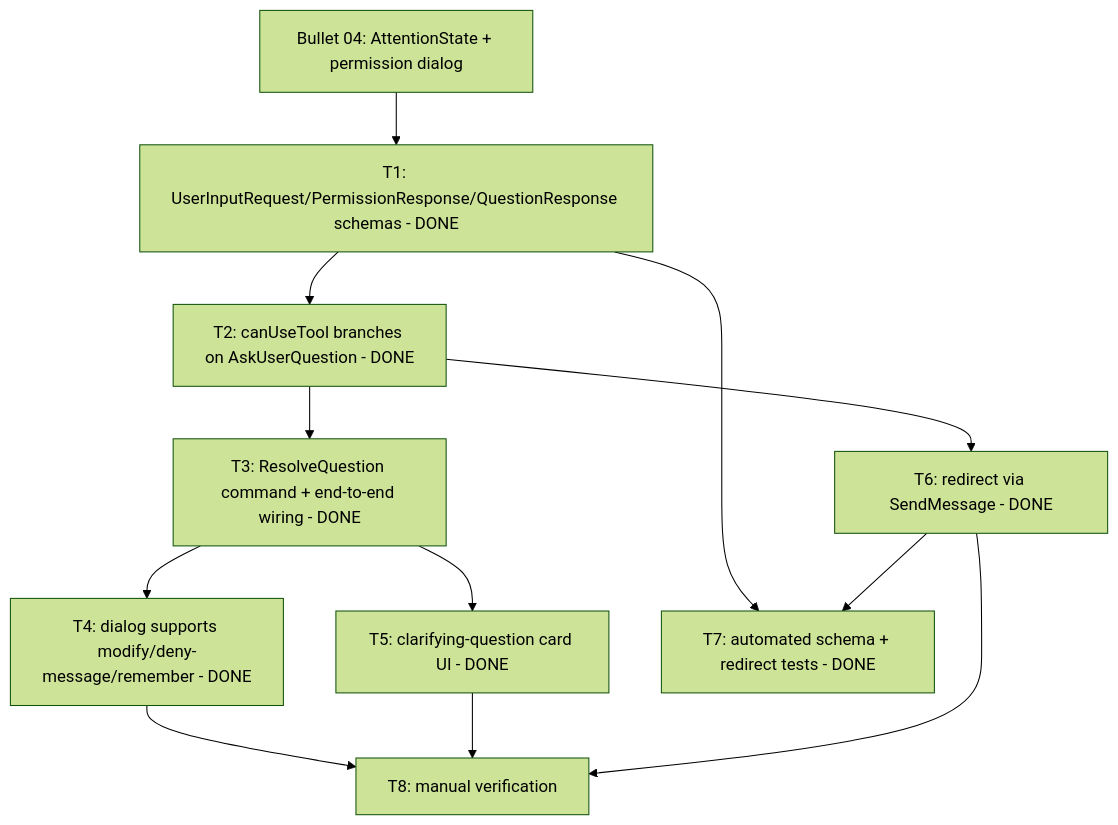
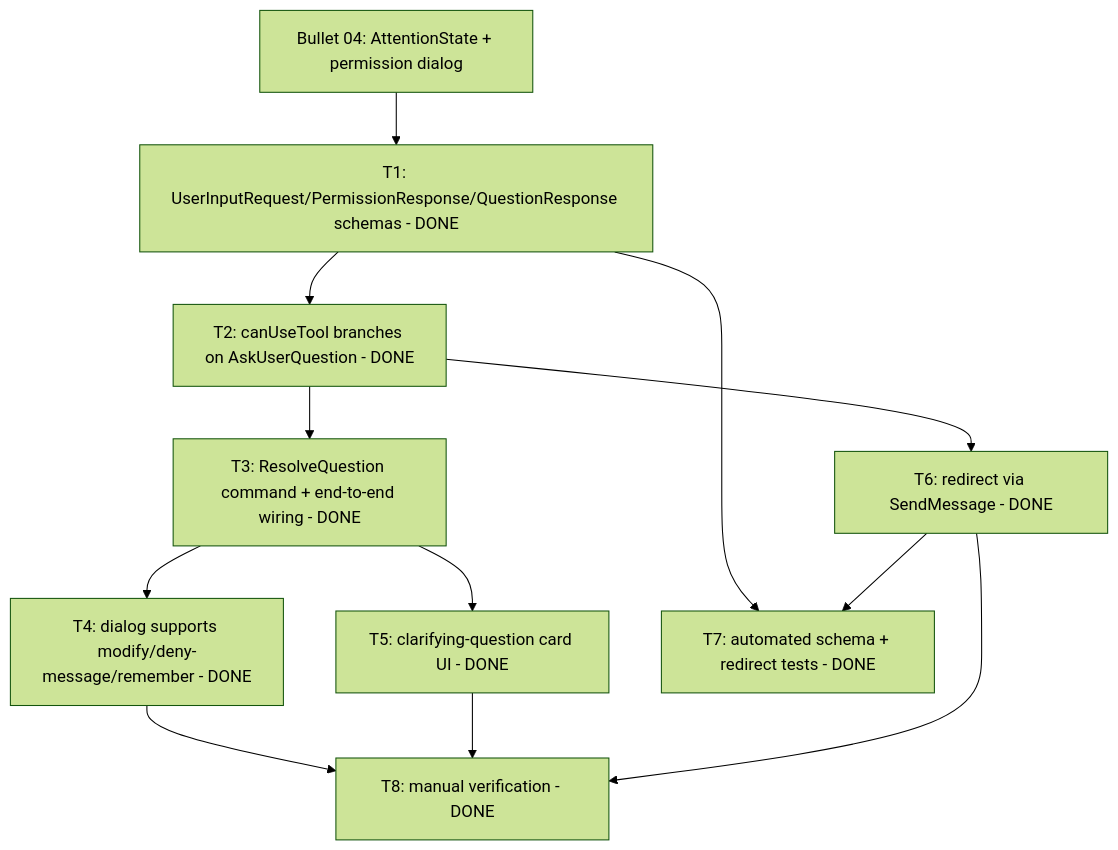
One commit to draekien/dia changed the diagram in .draekien/break-down-prd/dia-mvp/06-richer-permission-responses-and-questions.md. Above: the diagram before and after it, drawn with Mermaid (forest theme). The commit also changed other lines of this file, not shown here.

First line of the commit message:
docs: check off Bullet 06 T8 after manual verification

````diff
--- a/.draekien/break-down-prd/dia-mvp/06-richer-permission-responses-and-questions.md
+++ b/.draekien/break-down-prd/dia-mvp/06-richer-permission-responses-and-questions.md
@@ -51,23 +52,23 @@
 ```mermaid
 graph TD
   B04[Bullet 04: AttentionState + permission dialog]
   T1[T1: UserInputRequest/PermissionResponse/QuestionResponse schemas - DONE]
   T2[T2: canUseTool branches on AskUserQuestion - DONE]
   T3[T3: ResolveQuestion command + end-to-end wiring - DONE]
   T4[T4: dialog supports modify/deny-message/remember - DONE]
   T5[T5: clarifying-question card UI - DONE]
   T6[T6: redirect via SendMessage - DONE]
   T7[T7: automated schema + redirect tests - DONE]
-  T8[T8: manual verification]
+  T8[T8: manual verification - DONE]
   B04 --> T1
   T1 --> T2
   T2 --> T3
   T3 --> T4
   T3 --> T5
   T2 --> T6
   T1 --> T7
   T6 --> T7
   T4 --> T8
   T5 --> T8
   T6 --> T8
 ```
````
